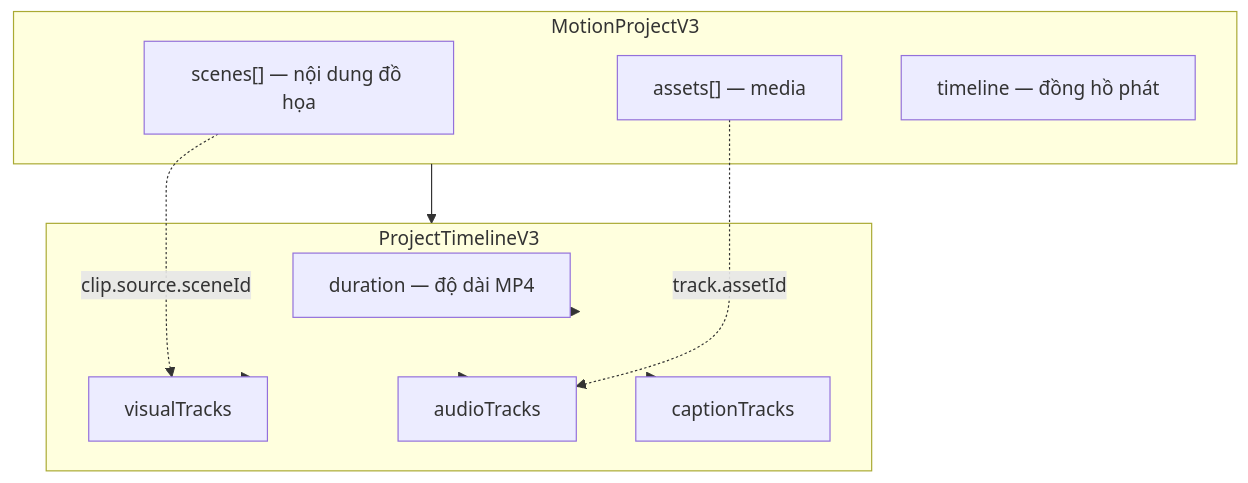
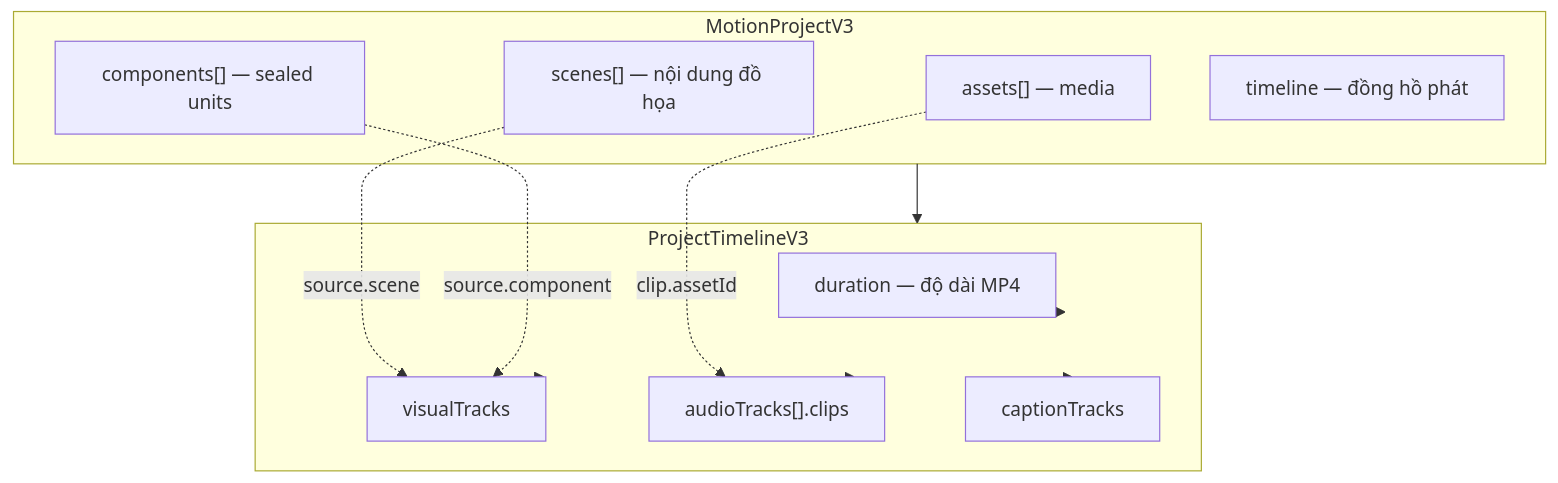
Before and after one commit to mankhb2k/neonix-native: the first of 3 diagrams in packages/motion-protocol/src/v3/timeline/README.md, drawn with Mermaid. The commit also changed other lines of this file and 62 other files, not shown here.

````diff
--- a/packages/motion-protocol/src/v3/timeline/README.md
+++ b/packages/motion-protocol/src/v3/timeline/README.md
@@ -21,23 +21,25 @@
 ```mermaid
 flowchart TB
     subgraph Project["MotionProjectV3"]
         scenes["scenes[] — nội dung đồ họa"]
+        components["components[] — sealed units"]
         assets["assets[] — media"]
         timeline["timeline — đồng hồ phát"]
     end
 
     subgraph Timeline["ProjectTimelineV3"]
         duration["duration — độ dài MP4"]
         VT["visualTracks"]
-        AT["audioTracks"]
+        AT["audioTracks[].clips"]
         CT["captionTracks"]
     end
 
-    scenes -.->|"clip.source.sceneId"| VT
-    assets -.->|"track.assetId"| AT
+    scenes -.->|"source.scene"| VT
+    components -.->|"source.component"| VT
+    assets -.->|"clip.assetId"| AT
     Project --> Timeline
     Timeline --> duration
     Timeline --> VT
     Timeline --> AT
     Timeline --> CT
 ```
````
